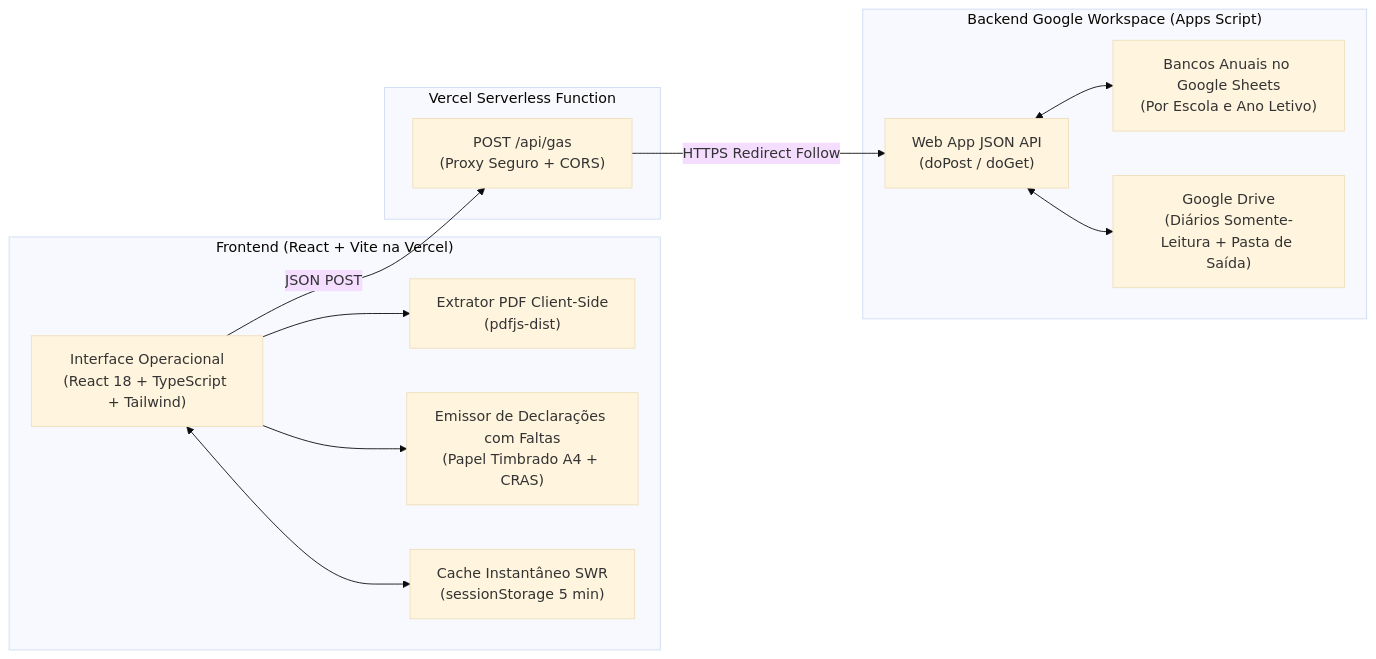
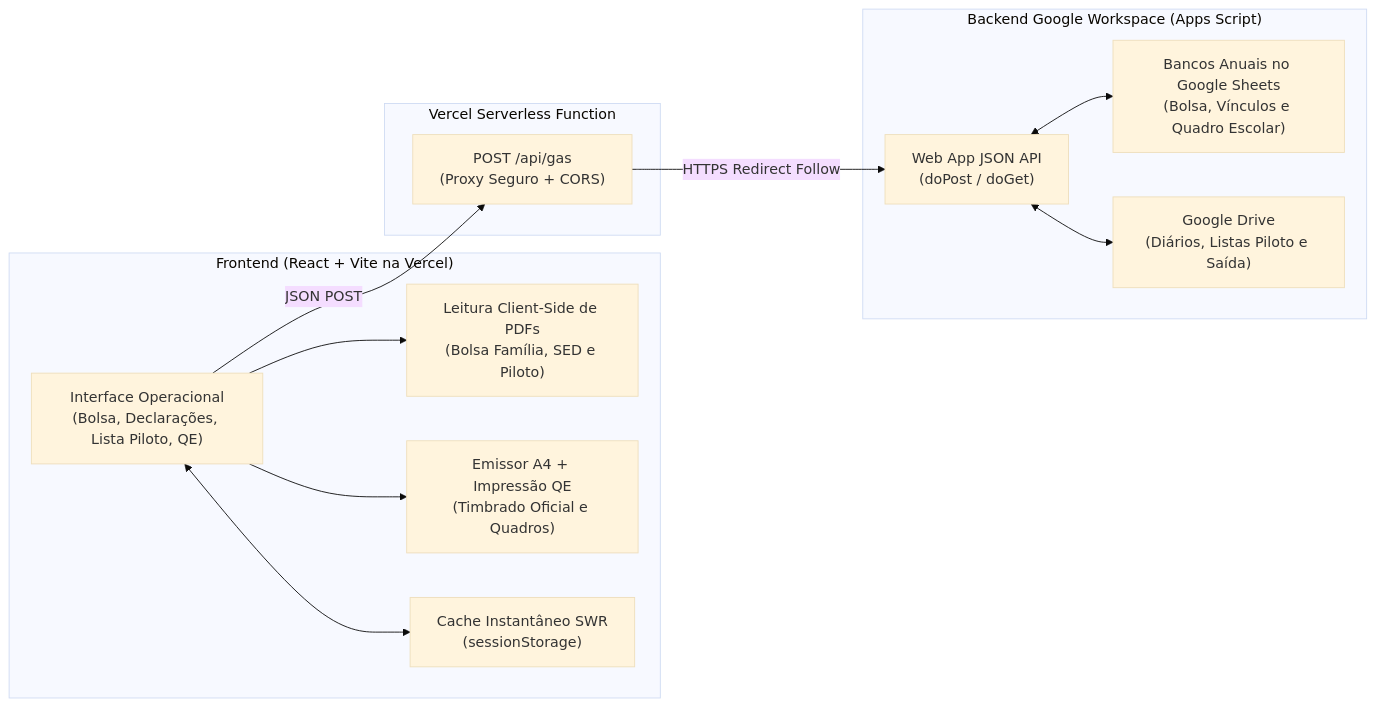
Before and after one commit to gustavo03toledo/SistemaBolsaFamilia-Cotia: the diagram in README.md, drawn with Mermaid (base theme). The commit also changed other lines of this file and 3 other files, not shown here.

````diff
--- a/README.md
+++ b/README.md
@@ -38,27 +49,27 @@
 ```mermaid
 flowchart LR
   subgraph Cliente["Frontend (React + Vite na Vercel)"]
-    UI["Interface Operacional\n(React 18 + TypeScript + Tailwind)"]
-    PDF["Extrator PDF Client-Side\n(pdfjs-dist)"]
-    DEC["Emissor de Declarações com Faltas\n(Papel Timbrado A4 + CRAS)"]
-    SWR["Cache Instantâneo SWR\n(sessionStorage 5 min)"]
+    UI["Interface Operacional\n(Bolsa, Declarações, Lista Piloto, QE)"]
+    PDF["Leitura Client-Side de PDFs\n(Bolsa Família, SED e Piloto)"]
+    DEC["Emissor A4 + Impressão QE\n(Timbrado Oficial e Quadros)"]
+    SWR["Cache Instantâneo SWR\n(sessionStorage)"]
   end
 
   subgraph Proxy["Vercel Serverless Function"]
     API["POST /api/gas\n(Proxy Seguro + CORS)"]
   end
 
   subgraph Google["Backend Google Workspace (Apps Script)"]
     GAS["Web App JSON API\n(doPost / doGet)"]
-    DB["Bancos Anuais no Google Sheets\n(Por Escola e Ano Letivo)"]
-    DRIVE["Google Drive\n(Diários Somente-Leitura + Pasta de Saída)"]
+    DB["Bancos Anuais no Google Sheets\n(Bolsa, Vínculos e Quadro Escolar)"]
+    DRIVE["Google Drive\n(Diários, Listas Piloto e Saída)"]
   end
 
   UI --> PDF
   UI --> DEC
   UI <--> SWR
   UI -->|JSON POST| API
   API -->|HTTPS Redirect Follow| GAS
   GAS <--> DB
   GAS <--> DRIVE
 ```
````
